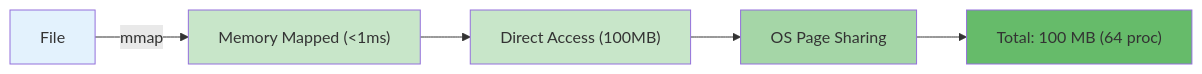
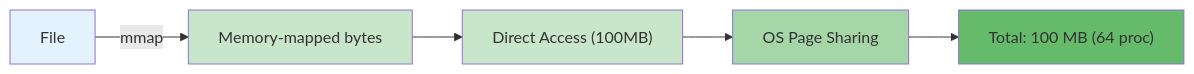
One commit to sethhall/matchy changed the fifth of 7 diagrams in book/src/architecture/overview.md. Above: the diagram before and after it, drawn with Mermaid. The commit also changed other lines of this file and 96 other files, not shown here.

````diff
--- a/book/src/architecture/overview.md
+++ b/book/src/architecture/overview.md
@@ -105,13 +105,13 @@
 ```mermaid
 graph LR
-    A[File] -->|mmap| B["Memory Mapped (<1ms)"]
+    A[File] -->|mmap| B["Memory-mapped bytes"]
     B --> C["Direct Access (100MB)"]
     C --> D["OS Page Sharing"]
     D --> E["Total: 100 MB (64 proc)"]
     
     style A fill:#e3f2fd
     style B fill:#c8e6c9
     style C fill:#c8e6c9
     style D fill:#a5d6a7
     style E fill:#66bb6a
 ```
````
